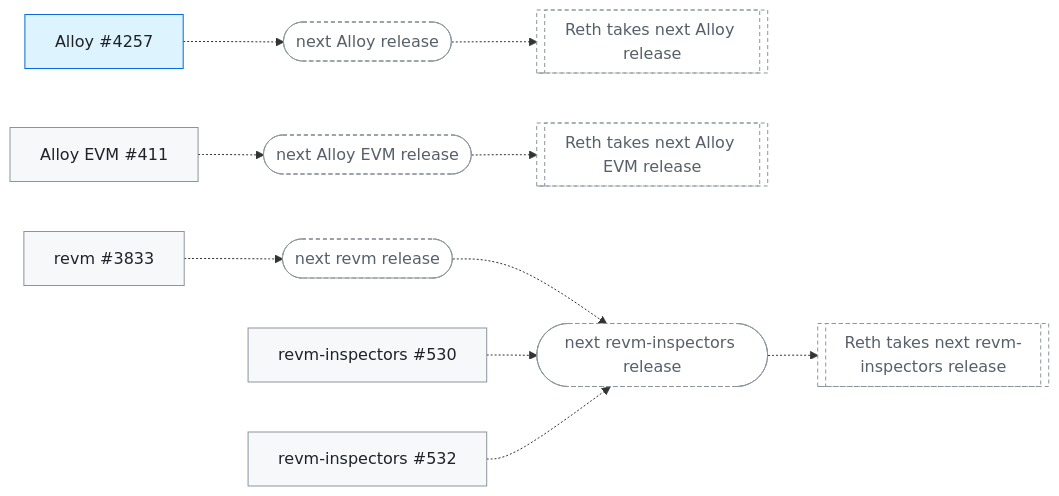
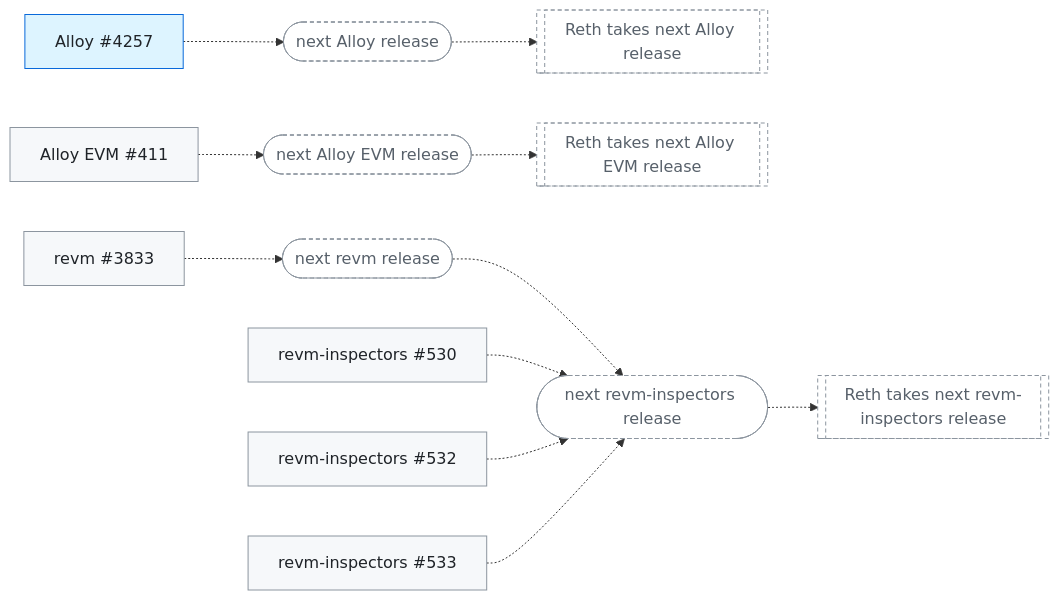
The third of 3 diagrams in docs/client-fixes.md (banteg/trace-interop), drawn with Mermaid before and after one commit. The commit also changed other lines of this file and 15 other files, not shown here.

````diff
--- a/docs/client-fixes.md
+++ b/docs/client-fixes.md
@@ -120,27 +128,29 @@
 ```mermaid
 flowchart LR
   Alloy_4257["Alloy #4257"]:::merged
   next_Alloy_release(["next Alloy release"]):::pending
   Reth_takes_next_Alloy_release[["Reth takes next Alloy release"]]:::pending
   Alloy_EVM_411["Alloy EVM #411"]:::open
   next_Alloy_EVM_release(["next Alloy EVM release"]):::pending
   Reth_takes_next_Alloy_EVM_release[["Reth takes next Alloy EVM release"]]:::pending
   revm_3833["revm #3833"]:::open
   next_revm_release(["next revm release"]):::pending
   next_revm_inspectors_release(["next revm-inspectors release"]):::pending
   Reth_takes_next_revm_inspectors_release[["Reth takes next revm-inspectors release"]]:::pending
   revm_inspectors_530["revm-inspectors #530"]:::open
   revm_inspectors_532["revm-inspectors #532"]:::open
+  revm_inspectors_533["revm-inspectors #533"]:::open
   Alloy_4257 -.-> next_Alloy_release
   next_Alloy_release -.-> Reth_takes_next_Alloy_release
   Alloy_EVM_411 -.-> next_Alloy_EVM_release
   next_Alloy_EVM_release -.-> Reth_takes_next_Alloy_EVM_release
   revm_3833 -.-> next_revm_release
   next_revm_release -.-> next_revm_inspectors_release
   next_revm_inspectors_release -.-> Reth_takes_next_revm_inspectors_release
   revm_inspectors_530 -.-> next_revm_inspectors_release
   revm_inspectors_532 -.-> next_revm_inspectors_release
+  revm_inspectors_533 -.-> next_revm_inspectors_release
   classDef open fill:#f6f8fa,stroke:#8c959f,color:#1f2328
   classDef merged fill:#ddf4ff,stroke:#0969da,color:#1f2328
   classDef pending fill:#ffffff,stroke:#8c959f,stroke-dasharray:4 3,color:#57606a
 ```
````
